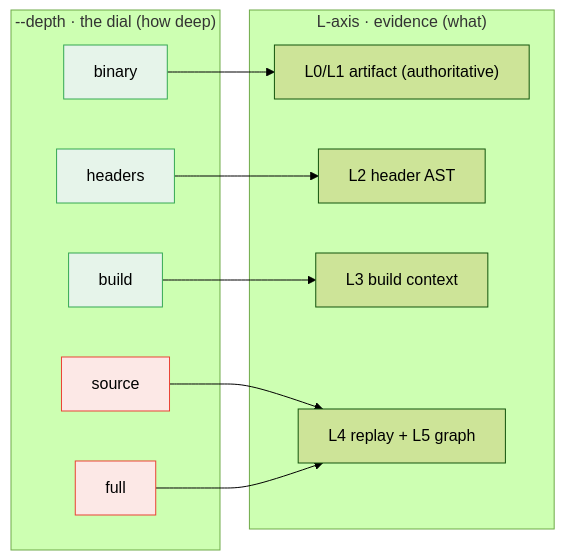
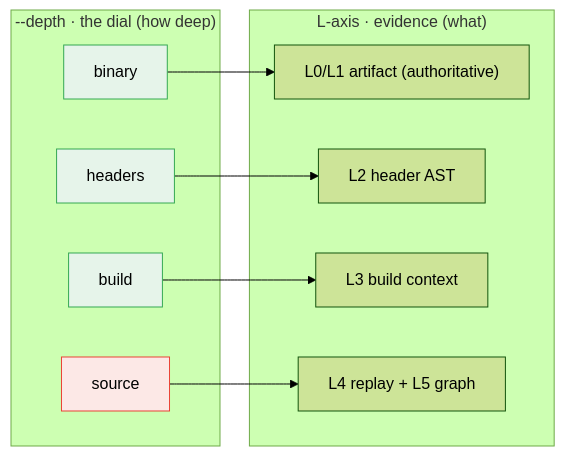
One commit to abicheck/abicheck changed the diagram in docs/concepts/evidence-and-detectability.md. Above: the diagram before and after it, drawn with Mermaid (forest theme). The commit also changed other lines of this file and 44 other files, not shown here.

````diff
--- a/docs/concepts/evidence-and-detectability.md
+++ b/docs/concepts/evidence-and-detectability.md
@@ -266,23 +295,21 @@
 ```mermaid
 flowchart LR
     subgraph D["--depth · the dial (how deep)"]
       d0["binary"]:::cheap
       d1["headers"]:::cheap
       d2["build"]:::cheap
       d3["source"]:::exp
-      d4["full"]:::exp
     end
     subgraph L["L-axis · evidence (what)"]
       L01["L0/L1 artifact (authoritative)"]
       L2e["L2 header AST"]
       L3e["L3 build context"]
       L45["L4 replay + L5 graph"]
     end
     d0 --> L01
     d1 --> L2e
     d2 --> L3e
     d3 --> L45
-    d4 --> L45
     classDef cheap fill:#e6f4ea,stroke:#34a853;
     classDef exp fill:#fce8e6,stroke:#ea4335;
 ```
````
